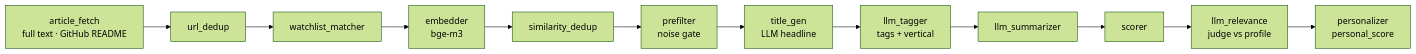
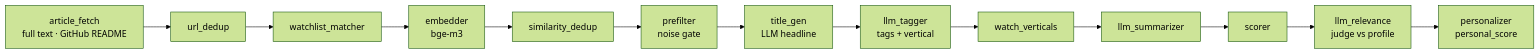
Before and after one commit to dream-x/homyak: the second of 2 diagrams in README.md, drawn with Mermaid (forest theme). The commit also changed other lines of this file and 4 other files, not shown here.

First line of the commit message:
fix(interests): a missing file reports 'файла нет', show warns on a broken file; README lists watch_verticals

````diff
--- a/README.md
+++ b/README.md
@@ -91,9 +91,9 @@
 ```mermaid
 flowchart LR
     A["article_fetch<br/>full text · GitHub README"] --> B["url_dedup"]
     B --> W["watchlist_matcher"] --> C["embedder<br/>bge-m3"] --> D["similarity_dedup"]
     D --> P["prefilter<br/>noise gate"] --> T["title_gen<br/>LLM headline"]
-    T --> E["llm_tagger<br/>tags + vertical"] --> F["llm_summarizer"]
+    T --> E["llm_tagger<br/>tags + vertical"] --> WV["watch_verticals"] --> F["llm_summarizer"]
     F --> G["scorer"] --> H["llm_relevance<br/>judge vs profile"]
     H --> I["personalizer<br/>personal_score"]
 ```
````
